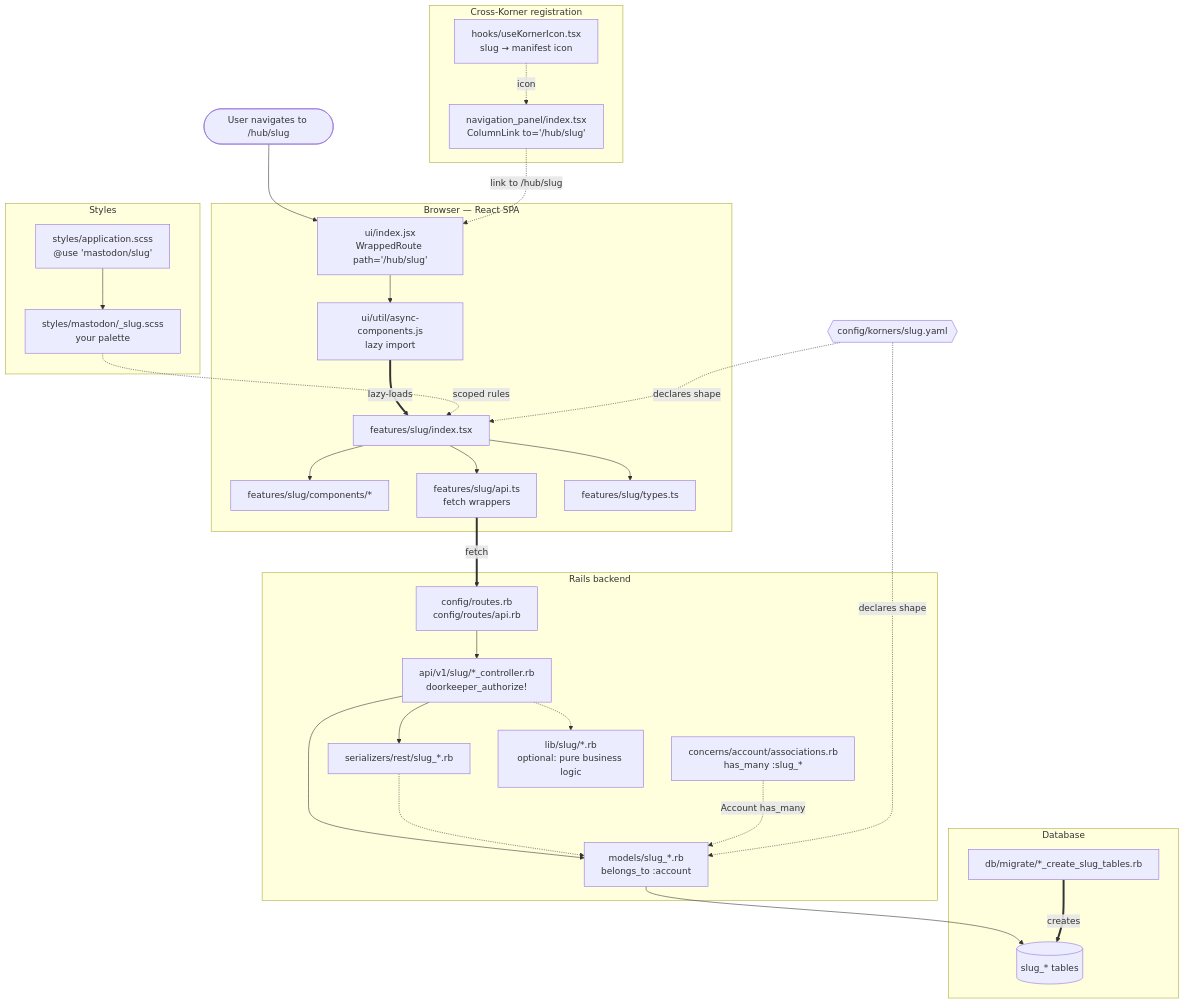
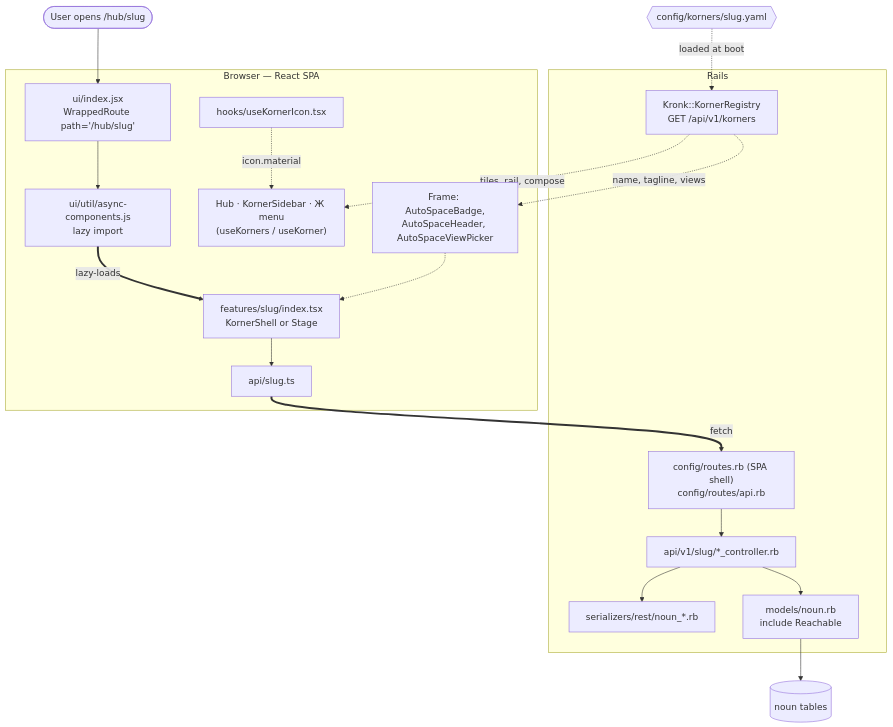
Before and after one commit to Kashka-25/kronk: the first of 2 diagrams in docs/korners/adding_a_korner.md, drawn with Mermaid. The commit also changed other lines of this file and 3 other files, not shown here.

````diff
--- a/docs/korners/adding_a_korner.md
+++ b/docs/korners/adding_a_korner.md
@@ -983,63 +552,41 @@
 ```mermaid
 graph TB
-    User(["User navigates to /hub/slug"])
+    User(["User opens /hub/slug"])
 
     subgraph SPA["Browser — React SPA"]
         UIRoute["ui/index.jsx<br/>WrappedRoute path='/hub/slug'"]
         Async["ui/util/async-components.js<br/>lazy import"]
-        Module["features/slug/index.tsx"]
-        Comp["features/slug/components/*"]
-        API["features/slug/api.ts<br/>fetch wrappers"]
-        Types["features/slug/types.ts"]
+        Frame["Frame: AutoSpaceBadge,<br/>AutoSpaceHeader, AutoSpaceViewPicker"]
+        Module["features/slug/index.tsx<br/>KornerShell or Stage"]
+        API["api/slug.ts"]
+        Chrome["Hub · KornerSidebar · Ж menu<br/>(useKorners / useKorner)"]
+        Icon["hooks/useKornerIcon.tsx"]
     end
 
-    subgraph Reg["Cross-Korner registration"]
-        Icon["hooks/useKornerIcon.tsx<br/>slug → manifest icon"]
-        Nav["navigation_panel/index.tsx<br/>ColumnLink to='/hub/slug'"]
+    subgraph RailsBE["Rails"]
+        Routes["config/routes.rb (SPA shell)<br/>config/routes/api.rb"]
+        Ctrl["api/v1/slug/*_controller.rb"]
+        Ser["serializers/rest/noun_*.rb"]
+        Model["models/noun.rb<br/>include Reachable"]
+        Registry["Kronk::KornerRegistry<br/>GET /api/v1/korners"]
     end
 
-    subgraph Styl["Styles"]
-        AppScss["styles/application.scss<br/>@use 'mastodon/slug'"]
-        SlugScss["styles/mastodon/_slug.scss<br/>your palette"]
-    end
-
-    subgraph RailsBE["Rails backend"]
-        Routes["config/routes.rb<br/>config/routes/api.rb"]
-        Ctrl["api/v1/slug/*_controller.rb<br/>doorkeeper_authorize!"]
-        Ser["serializers/rest/slug_*.rb"]
-        Model["models/slug_*.rb<br/>belongs_to :account"]
-        Assoc["concerns/account/associations.rb<br/>has_many :slug_*"]
-        Lib["lib/slug/*.rb<br/>optional: pure business logic"]
-    end
-
-    subgraph DB["Database"]
-        Migration["db/migrate/*_create_slug_tables.rb"]
-        Tables[("slug_* tables")]
-    end
-
+    Tables[("noun tables")]
     Manifest{{"config/korners/slug.yaml"}}
 
     User --> UIRoute
     UIRoute --> Async
     Async ==>|lazy-loads| Module
-    Module --> Comp
     Module --> API
-    Module --> Types
     API ==>|fetch| Routes
     Routes --> Ctrl
     Ctrl --> Model
     Ctrl --> Ser
-    Ctrl -.-> Lib
-    Ser -.-> Model
     Model --> Tables
-    Migration ==>|creates| Tables
-    Assoc -.->|Account has_many| Model
 
-    Icon -.->|icon| Nav
-    Nav -.->|link to /hub/slug| UIRoute
-    AppScss --> SlugScss
-    SlugScss -.->|scoped rules| Module
-
-    Manifest -.->|declares shape| Module
-    Manifest -.->|declares shape| Model
+    Manifest -.->|loaded at boot| Registry
+    Registry -.->|name, tagline, views| Frame
+    Registry -.->|tiles, rail, compose| Chrome
+    Icon -.->|icon.material| Chrome
+    Frame -.-> Module
 ```
````
